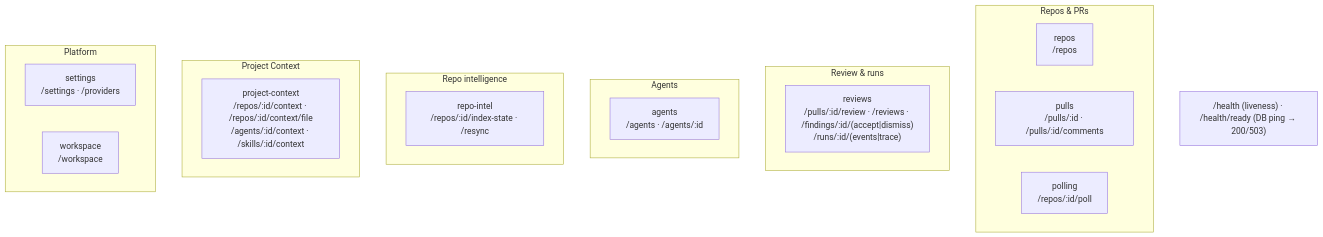
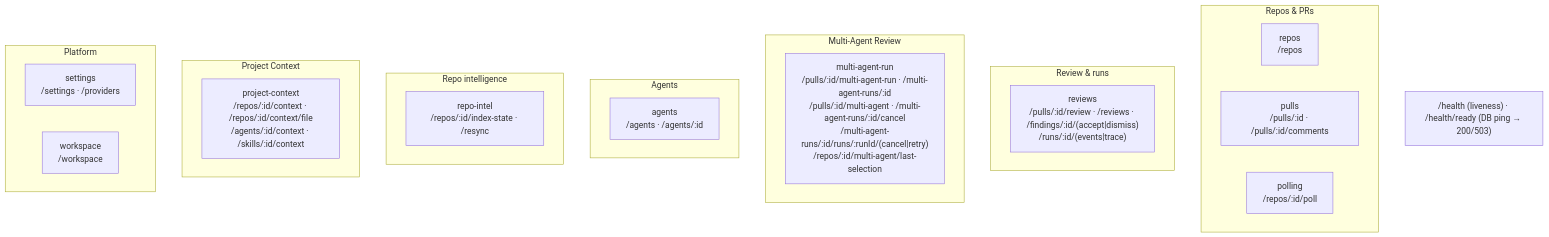
The second of 2 diagrams in server/README.md (MShcherbyna/dev-digest), drawn with Mermaid before and after one commit. The commit also changed 106 other files, not shown here.

First line of the commit message:
emdash/multi-agent-review-01x94: add Multi-Agent Review (parallel fan-out, grouping/disagreement, picker, results page)

````diff
--- a/server/README.md
+++ b/server/README.md
@@ -64,25 +64,28 @@
 ```mermaid
 flowchart TB
   subgraph Repos_PRs["Repos & PRs"]
     repos["repos<br/>/repos"]
     pulls["pulls<br/>/pulls/:id · /pulls/:id/comments"]
     polling["polling<br/>/repos/:id/poll"]
   end
   subgraph Review["Review & runs"]
     reviews["reviews<br/>/pulls/:id/review · /reviews · /findings/:id/(accept|dismiss)<br/>/runs/:id/(events|trace)"]
+  end
+  subgraph MultiAgent["Multi-Agent Review"]
+    multiAgentRun["multi-agent-run<br/>/pulls/:id/multi-agent-run · /multi-agent-runs/:id<br/>/pulls/:id/multi-agent · /multi-agent-runs/:id/cancel<br/>/multi-agent-runs/:id/runs/:runId/(cancel|retry)<br/>/repos/:id/multi-agent/last-selection"]
   end
   subgraph Agents["Agents"]
     agents["agents<br/>/agents · /agents/:id"]
   end
   subgraph Intel["Repo intelligence"]
     repoIntel["repo-intel<br/>/repos/:id/index-state · /resync"]
   end
   subgraph Context["Project Context"]
     projectContext["project-context<br/>/repos/:id/context · /repos/:id/context/file<br/>/agents/:id/context · /skills/:id/context"]
   end
   subgraph Platform["Platform"]
     settings["settings<br/>/settings · /providers"]
     workspace["workspace<br/>/workspace"]
   end
   HEALTH["/health (liveness) · /health/ready (DB ping → 200/503)"]
 ```
````
